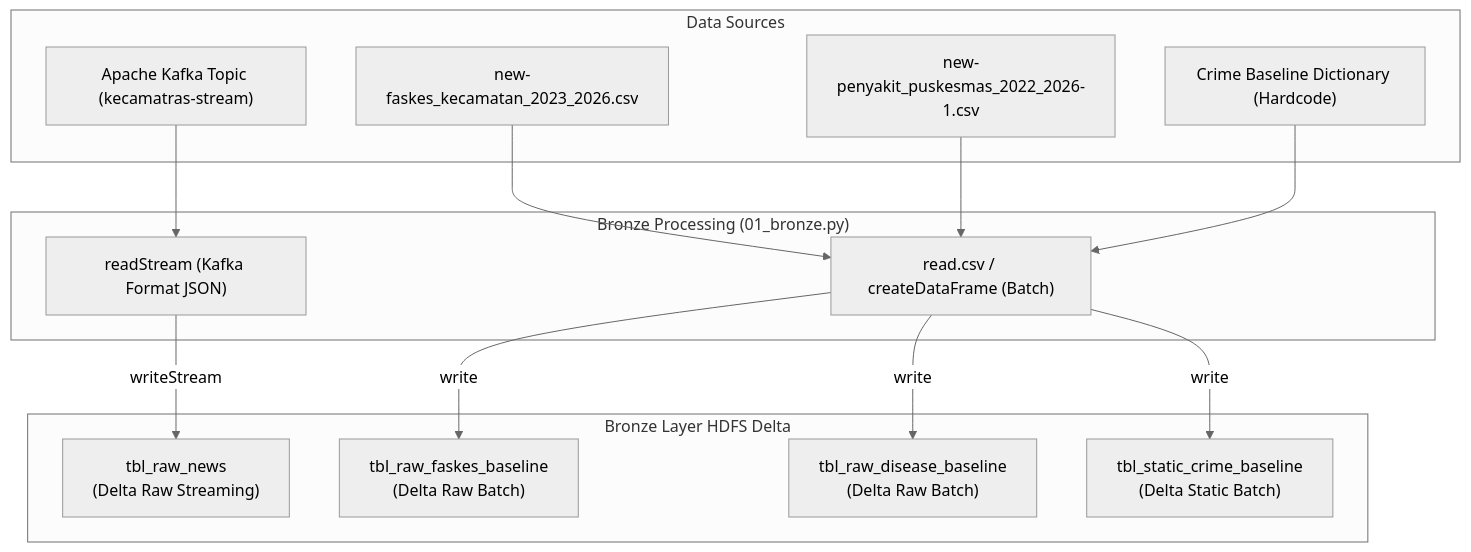
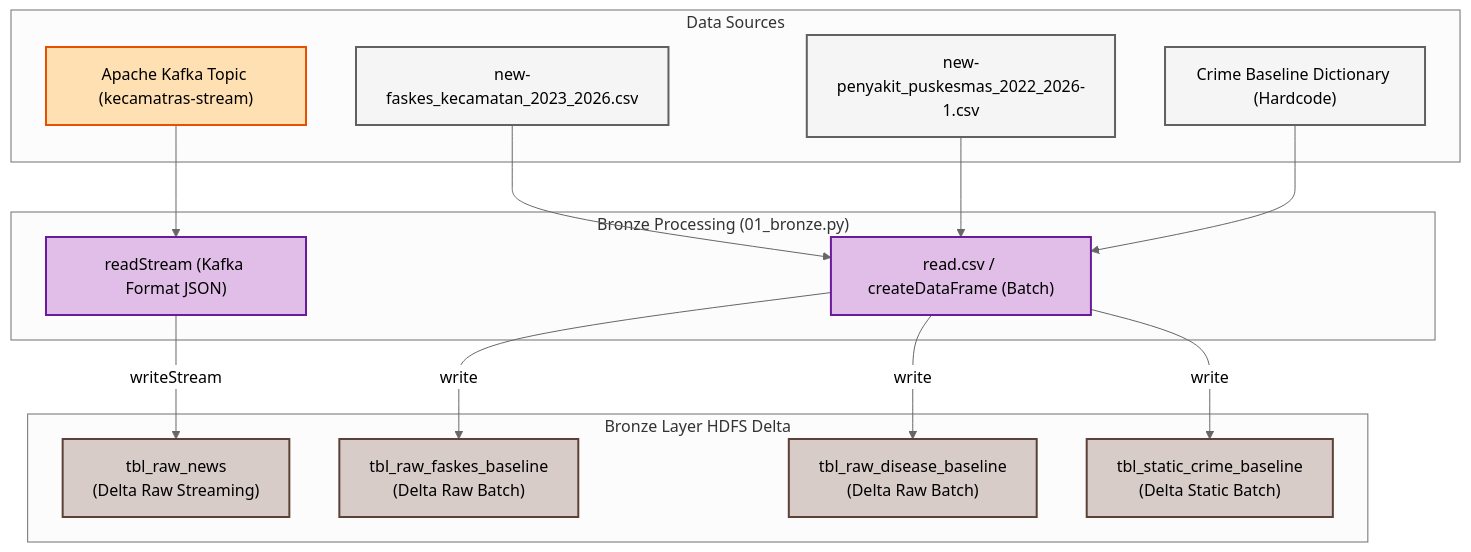
One commit to airenmeyy/kelompok-1-eas-bigdata changed the third of 6 diagrams in README.md. Above: the diagram before and after it, drawn with Mermaid (neutral theme). The commit also changed other lines of this file, not shown here.

Commit message:
fix(docs): style all remaining Mermaid diagrams with color and high contrast

````diff
--- a/README.md
+++ b/README.md
@@ -344,31 +357,42 @@
 ```mermaid
 graph TD
+    %% Styling Definitions
+    classDef stream fill:#ffe0b2,stroke:#e65100,stroke-width:2px,color:#000;
+    classDef static fill:#f5f5f5,stroke:#616161,stroke-width:2px,color:#000;
+    classDef process fill:#e1bee7,stroke:#6a1b9a,stroke-width:2px,color:#000;
+    classDef bronze fill:#d7ccc8,stroke:#5d4037,stroke-width:2px,color:#000;
+
     subgraph Sources ["Data Sources"]
         Kafka["Apache Kafka Topic (kecamatras-stream)"]
         CSV_Faskes["new-faskes_kecamatan_2023_2026.csv"]
         CSV_Disease["new-penyakit_puskesmas_2022_2026-1.csv"]
         Crime_Dict["Crime Baseline Dictionary (Hardcode)"]
     end
 
     subgraph Proc_Bronze ["Bronze Processing (01_bronze.py)"]
         Read_Kafka["readStream (Kafka Format JSON)"]
         Read_Batch["read.csv / createDataFrame (Batch)"]
     end
 
     subgraph Output_Bronze ["Bronze Layer HDFS Delta"]
         Delta_Raw_News["tbl_raw_news<br/>(Delta Raw Streaming)"]
         Delta_Raw_Faskes["tbl_raw_faskes_baseline<br/>(Delta Raw Batch)"]
         Delta_Raw_Disease["tbl_raw_disease_baseline<br/>(Delta Raw Batch)"]
         Delta_Static_Crime["tbl_static_crime_baseline<br/>(Delta Static Batch)"]
     end
 
     Kafka --> Read_Kafka
     CSV_Faskes --> Read_Batch
     CSV_Disease --> Read_Batch
     Crime_Dict --> Read_Batch
 
     Read_Kafka -->|writeStream| Delta_Raw_News
     Read_Batch -->|write| Delta_Raw_Faskes
     Read_Batch -->|write| Delta_Raw_Disease
     Read_Batch -->|write| Delta_Static_Crime
+
+    class Kafka stream;
+    class CSV_Faskes,CSV_Disease,Crime_Dict static;
+    class Read_Kafka,Read_Batch process;
+    class Delta_Raw_News,Delta_Raw_Faskes,Delta_Raw_Disease,Delta_Static_Crime bronze;
 ```
````
